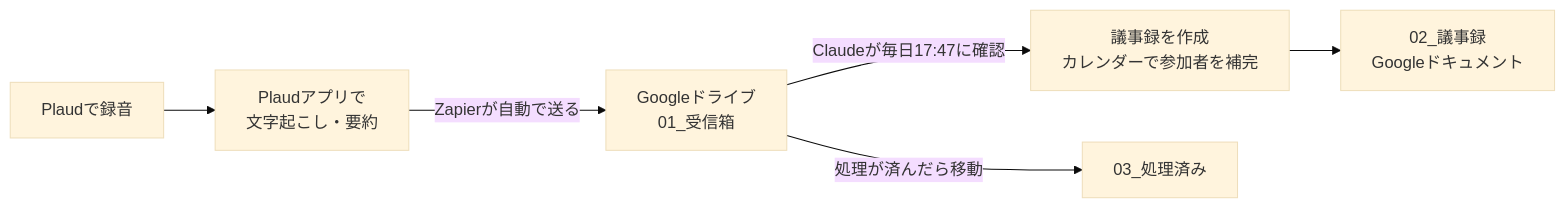
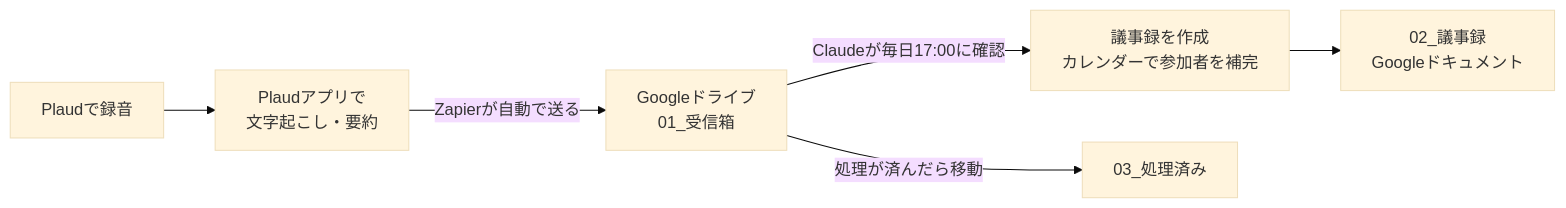
Before and after one commit to ktarpt-spec/-: the diagram in 議事録自動化/README.md, drawn with Mermaid (base theme). The commit also changed other lines of this file and 1 other file, not shown here.

````diff
--- a/議事録自動化/README.md
+++ b/議事録自動化/README.md
@@ -7,8 +7,8 @@
 ```mermaid
 flowchart LR
   A[Plaudで録音] --> B[Plaudアプリで<br>文字起こし・要約]
   B -->|Zapierが自動で送る| C[Googleドライブ<br>01_受信箱]
-  C -->|Claudeが毎日17:47に確認| D[議事録を作成<br>カレンダーで参加者を補完]
+  C -->|Claudeが毎日17:00に確認| D[議事録を作成<br>カレンダーで参加者を補完]
   D --> E[02_議事録<br>Googleドキュメント]
   C -->|処理が済んだら移動| F[03_処理済み]
 ```
````
